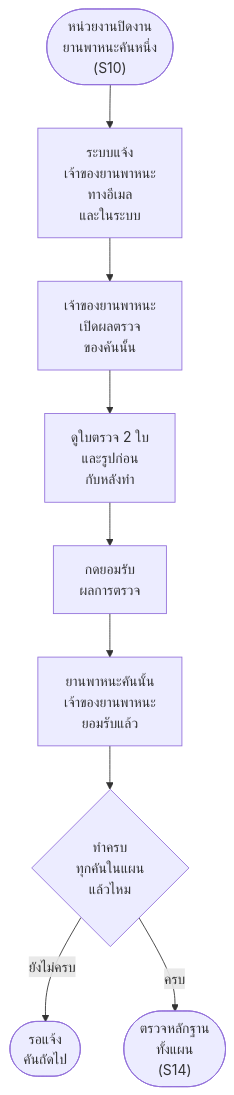
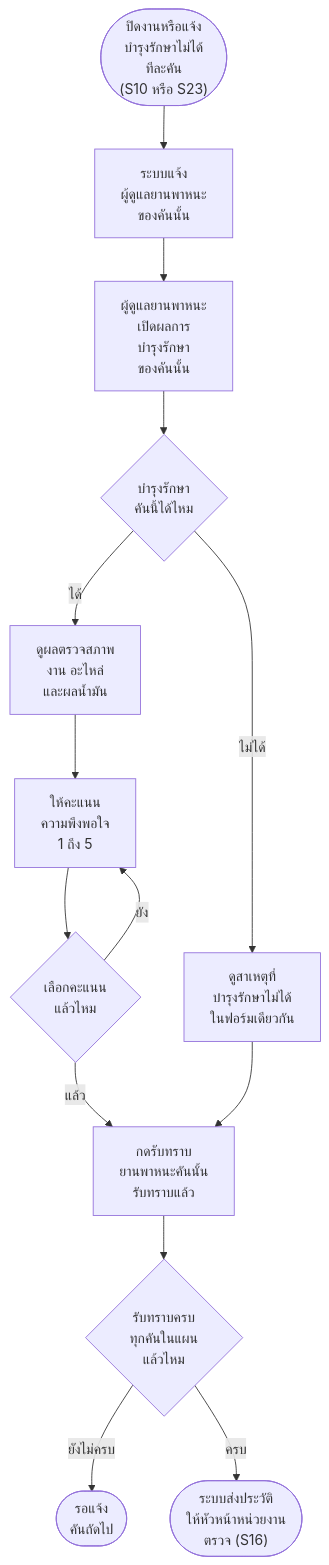
One commit to anugmail/Maintenance-Request-Form changed diagram 15 of 19 in Diagram/01-บำรุงรักษาตามวาระ/27-บำรุงรักษา-flowchart-กิจกรรม.md. Above: the diagram before and after it, drawn with Mermaid. The commit also changed other lines of this file and 21 other files, not shown here.

First line of the commit message:
บำรุงรักษา: S13 ผู้ดูแลยานพาหนะรับทราบผลและประเมินรายคัน (R89) · ตัด S14 S15 · S16 O.6 ส่งใหม่หลังตีกลับ · ผู้ทำเรียกตามบทบาท

````diff
--- a/Diagram/01-บำรุงรักษาตามวาระ/27-บำรุงรักษา-flowchart-กิจกรรม.md
+++ b/Diagram/01-บำรุงรักษาตามวาระ/27-บำรุงรักษา-flowchart-กิจกรรม.md
@@ -323,11 +327,16 @@
 ```mermaid
 flowchart TD
-    S(["หน่วยงานปิดงาน<br/>ยานพาหนะคันหนึ่ง<br/>(S10)"]) --> A1["ระบบแจ้ง<br/>เจ้าของยานพาหนะ<br/>ทางอีเมล<br/>และในระบบ"]
-    A1 --> A2["เจ้าของยานพาหนะ<br/>เปิดผลตรวจ<br/>ของคันนั้น"]
-    A2 --> A3["ดูใบตรวจ 2 ใบ<br/>และรูปก่อน<br/>กับหลังทำ"]
-    A3 --> A4["กดยอมรับ<br/>ผลการตรวจ"]
-    A4 --> A5["ยานพาหนะคันนั้น<br/>เจ้าของยานพาหนะ<br/>ยอมรับแล้ว"]
-    A5 --> Q1{"ทำครบ<br/>ทุกคันในแผน<br/>แล้วไหม"}
-    Q1 -->|ยังไม่ครบ| E1(["รอแจ้ง<br/>คันถัดไป"])
-    Q1 -->|ครบ| E2(["ตรวจหลักฐาน<br/>ทั้งแผน<br/>(S14)"])
+    S(["ปิดงานหรือแจ้ง<br/>บำรุงรักษาไม่ได้<br/>ทีละคัน<br/>(S10 หรือ S23)"]) --> A1["ระบบแจ้ง<br/>ผู้ดูแลยานพาหนะ<br/>ของคันนั้น"]
+    A1 --> A2["ผู้ดูแลยานพาหนะ<br/>เปิดผลการ<br/>บำรุงรักษา<br/>ของคันนั้น"]
+    A2 --> Q1{"บำรุงรักษา<br/>คันนี้ได้ไหม"}
+    Q1 -->|ได้| A3["ดูผลตรวจสภาพ<br/>งาน อะไหล่<br/>และผลน้ำมัน"]
+    A3 --> A4["ให้คะแนน<br/>ความพึงพอใจ<br/>1 ถึง 5"]
+    A4 --> Q2{"เลือกคะแนน<br/>แล้วไหม"}
+    Q2 -->|ยัง| A4
+    Q2 -->|แล้ว| A6
+    Q1 -->|ไม่ได้| A5["ดูสาเหตุที่<br/>บำรุงรักษาไม่ได้<br/>ในฟอร์มเดียวกัน"]
+    A5 --> A6["กดรับทราบ<br/>ยานพาหนะคันนั้น<br/>รับทราบแล้ว"]
+    A6 --> Q3{"รับทราบครบ<br/>ทุกคันในแผน<br/>แล้วไหม"}
+    Q3 -->|ยังไม่ครบ| E1(["รอแจ้ง<br/>คันถัดไป"])
+    Q3 -->|ครบ| E2(["ระบบส่งประวัติ<br/>ให้หัวหน้าหน่วยงาน<br/>ตรวจ (S16)"])
 ```
````
